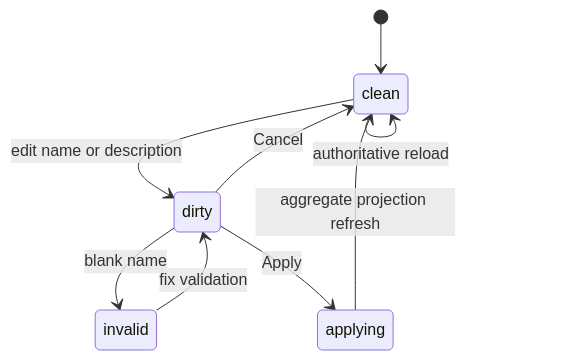
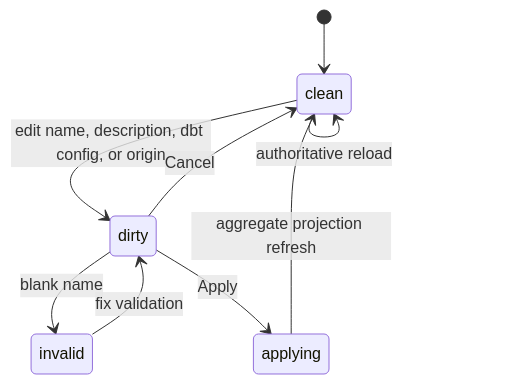
One commit to dunay2/dvt changed the second of 3 diagrams in docs/architecture/components/web/graph/canvas-inspector-authoring-component.md. Above: the diagram before and after it, drawn with Mermaid. The commit also changed other lines of this file and 85 other files, not shown here.

````diff
--- a/docs/architecture/components/web/graph/canvas-inspector-authoring-component.md
+++ b/docs/architecture/components/web/graph/canvas-inspector-authoring-component.md
@@ -174,11 +185,11 @@
 ```mermaid
 stateDiagram-v2
   [*] --> clean
-  clean --> dirty: edit name or description
+  clean --> dirty: edit name, description, dbt config, or origin
   dirty --> invalid: blank name
   invalid --> dirty: fix validation
   dirty --> clean: Cancel
   dirty --> applying: Apply
   applying --> clean: aggregate projection refresh
   clean --> clean: authoritative reload
 ```
````
